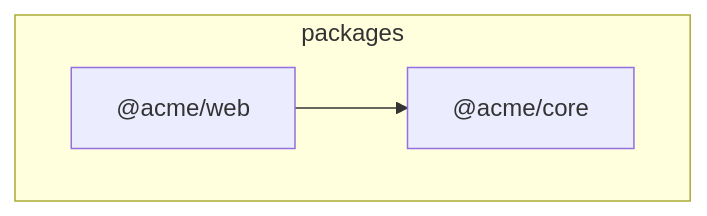
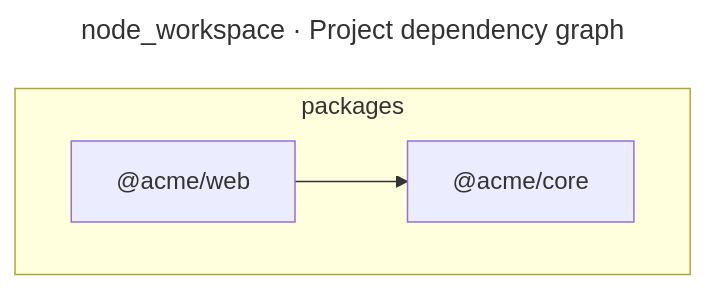
The third of 3 diagrams in tests/golden/node_workspace/output/ArchitectureReport.md (ythalorossy/architecture-skills), drawn with Mermaid before and after one commit. The commit also changed other lines of this file and 34 other files, not shown here.

First line of the commit message:
feat(report): strengths from the model, split folders, titled dependency graph

````diff
--- a/tests/golden/node_workspace/output/ArchitectureReport.md
+++ b/tests/golden/node_workspace/output/ArchitectureReport.md
@@ -141,8 +145,11 @@
 ```mermaid
+---
+title: "node_workspace · Project dependency graph"
+---
 graph TD
     subgraph group_packages["packages"]
         acme_core["@acme/core"]
         acme_web["@acme/web"]
     end
     acme_web --> acme_core
 ```
````
